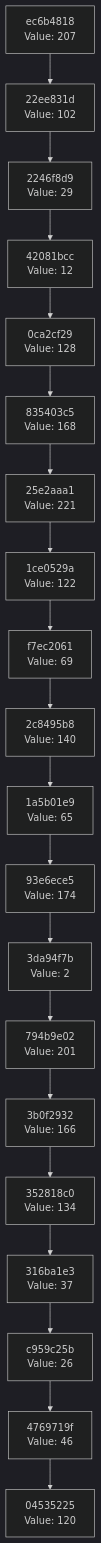
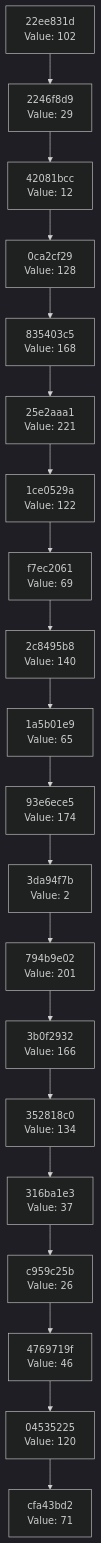
The diagram in docs/CHAIN_VISUALIZATION.md (Abhisheksinha1506/hash-chain-evolver), drawn with Mermaid (dark theme) before and after one commit. The commit also changed 2 other files, not shown here.

Commit message:
Evolution Step

````diff
--- a/docs/CHAIN_VISUALIZATION.md
+++ b/docs/CHAIN_VISUALIZATION.md
@@ -3,42 +3,42 @@
 ```mermaid
 graph TD
-    C0["04535225<br/>Value: 120"]
-    C1["4769719f<br/>Value: 46"]
+    C0["cfa43bd2<br/>Value: 71"]
+    C1["04535225<br/>Value: 120"]
     C1 --> C0
-    C2["c959c25b<br/>Value: 26"]
+    C2["4769719f<br/>Value: 46"]
     C2 --> C1
-    C3["316ba1e3<br/>Value: 37"]
+    C3["c959c25b<br/>Value: 26"]
     C3 --> C2
-    C4["352818c0<br/>Value: 134"]
+    C4["316ba1e3<br/>Value: 37"]
     C4 --> C3
-    C5["3b0f2932<br/>Value: 166"]
+    C5["352818c0<br/>Value: 134"]
     C5 --> C4
-    C6["794b9e02<br/>Value: 201"]
+    C6["3b0f2932<br/>Value: 166"]
     C6 --> C5
-    C7["3da94f7b<br/>Value: 2"]
+    C7["794b9e02<br/>Value: 201"]
     C7 --> C6
-    C8["93e6ece5<br/>Value: 174"]
+    C8["3da94f7b<br/>Value: 2"]
     C8 --> C7
-    C9["1a5b01e9<br/>Value: 65"]
+    C9["93e6ece5<br/>Value: 174"]
     C9 --> C8
-    C10["2c8495b8<br/>Value: 140"]
+    C10["1a5b01e9<br/>Value: 65"]
     C10 --> C9
-    C11["f7ec2061<br/>Value: 69"]
+    C11["2c8495b8<br/>Value: 140"]
     C11 --> C10
-    C12["1ce0529a<br/>Value: 122"]
+    C12["f7ec2061<br/>Value: 69"]
     C12 --> C11
-    C13["25e2aaa1<br/>Value: 221"]
+    C13["1ce0529a<br/>Value: 122"]
     C13 --> C12
-    C14["835403c5<br/>Value: 168"]
+    C14["25e2aaa1<br/>Value: 221"]
     C14 --> C13
-    C15["0ca2cf29<br/>Value: 128"]
+    C15["835403c5<br/>Value: 168"]
     C15 --> C14
-    C16["42081bcc<br/>Value: 12"]
+    C16["0ca2cf29<br/>Value: 128"]
     C16 --> C15
-    C17["2246f8d9<br/>Value: 29"]
+    C17["42081bcc<br/>Value: 12"]
     C17 --> C16
-    C18["22ee831d<br/>Value: 102"]
+    C18["2246f8d9<br/>Value: 29"]
     C18 --> C17
-    C19["ec6b4818<br/>Value: 207"]
+    C19["22ee831d<br/>Value: 102"]
     C19 --> C18
 ```
````
